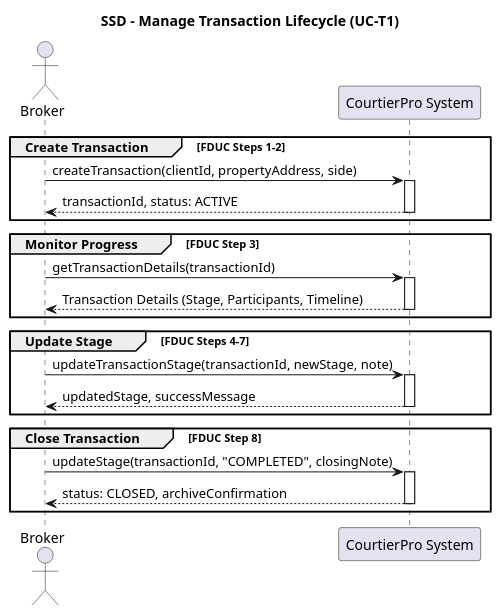
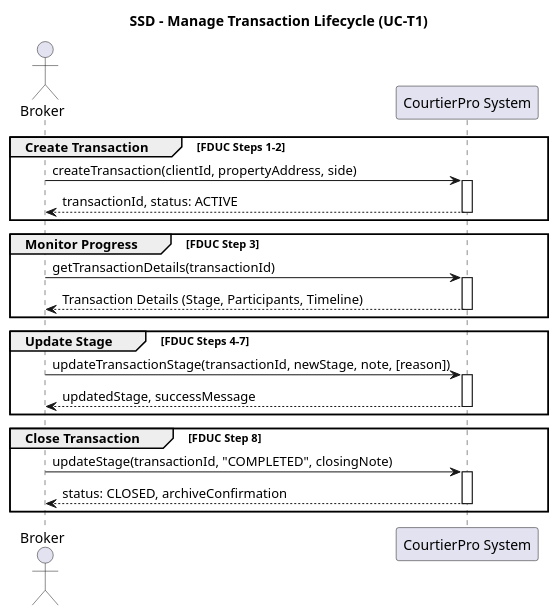
One commit to CourtierPro/CourtierPro changed the diagram in docs/PersonalUseCase/Amir/SSD_ManageTransaction.puml. Above: the diagram before and after it, drawn with PlantUML. The commit also changed 16 other files, not shown here.

Commit message:
feat(cp-81): implement stage rollback logic with reason validation across backend, frontend, and docs

```diff
--- a/docs/PersonalUseCase/Amir/SSD_ManageTransaction.puml
+++ b/docs/PersonalUseCase/Amir/SSD_ManageTransaction.puml
@@ -1,33 +1,33 @@
 @startuml
 title SSD - Manage Transaction Lifecycle (UC-T1)
 actor Broker
 participant "CourtierPro System" as System
 
 group Create Transaction [FDUC Steps 1-2]
     Broker -> System: createTransaction(clientId, propertyAddress, side)
     activate System
     System --> Broker: transactionId, status: ACTIVE
     deactivate System
 end
 
 group Monitor Progress [FDUC Step 3]
     Broker -> System: getTransactionDetails(transactionId)
     activate System
     System --> Broker: Transaction Details (Stage, Participants, Timeline)
     deactivate System
 end
 
 group Update Stage [FDUC Steps 4-7]
-    Broker -> System: updateTransactionStage(transactionId, newStage, note)
+    Broker -> System: updateTransactionStage(transactionId, newStage, note, [reason])
     activate System
     System --> Broker: updatedStage, successMessage
     deactivate System
 end
 
 group Close Transaction [FDUC Step 8]
     Broker -> System: updateStage(transactionId, "COMPLETED", closingNote)
     activate System
     System --> Broker: status: CLOSED, archiveConfirmation
     deactivate System
 end
 @enduml
```
